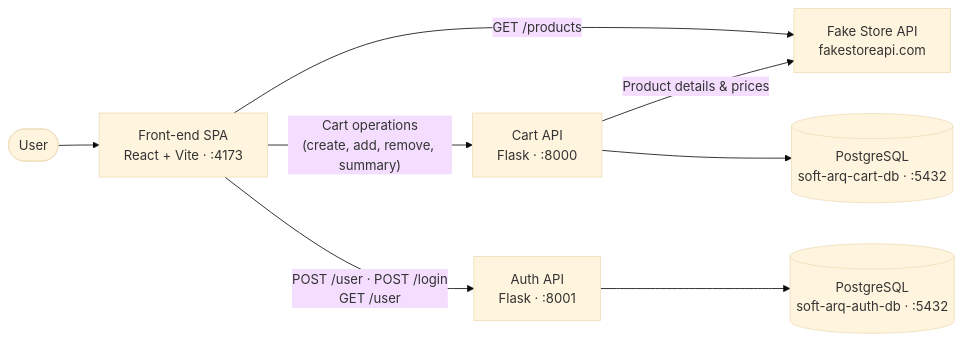
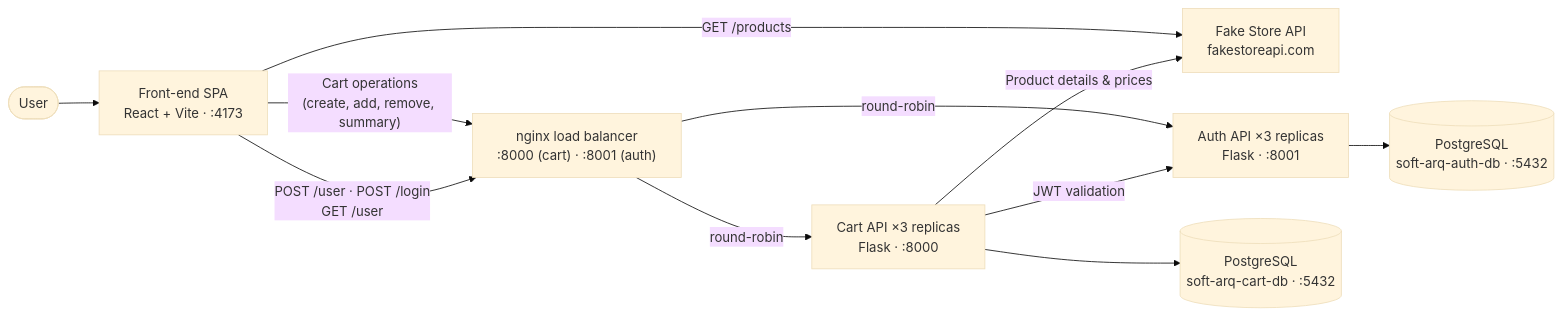
The diagram in readme.md (ommeirelles/puc-arq-soft-cart), drawn with Mermaid (base theme) before and after one commit. The commit also changed other lines of this file, not shown here.

Commit message:
docs: horizontal scaling behind nginx load balancer

````diff
--- a/readme.md
+++ b/readme.md
@@ -33,10 +33,13 @@
 ```mermaid
 flowchart LR
     User([User]) --> FE["Front-end SPA<br/>React + Vite · :4173"]
     FE -->|"GET /products"| FSA["Fake Store API<br/>fakestoreapi.com"]
-    FE -->|"Cart operations<br/>(create, add, remove, summary)"| CART["Cart API<br/>Flask · :8000"]
-    FE -->|"POST /user · POST /login<br/>GET /user"| AUTH["Auth API<br/>Flask · :8001"]
+    FE -->|"Cart operations<br/>(create, add, remove, summary)"| LB["nginx load balancer<br/>:8000 (cart) · :8001 (auth)"]
+    FE -->|"POST /user · POST /login<br/>GET /user"| LB
+    LB -->|"round-robin"| CART["Cart API ×3 replicas<br/>Flask · :8000"]
+    LB -->|"round-robin"| AUTH["Auth API ×3 replicas<br/>Flask · :8001"]
     CART -->|"Product details & prices"| FSA
+    CART -->|"JWT validation"| AUTH
     CART --> CARTDB[("PostgreSQL<br/>soft-arq-cart-db · :5432")]
     AUTH --> AUTHDB[("PostgreSQL<br/>soft-arq-auth-db · :5432")]
 ```
````
